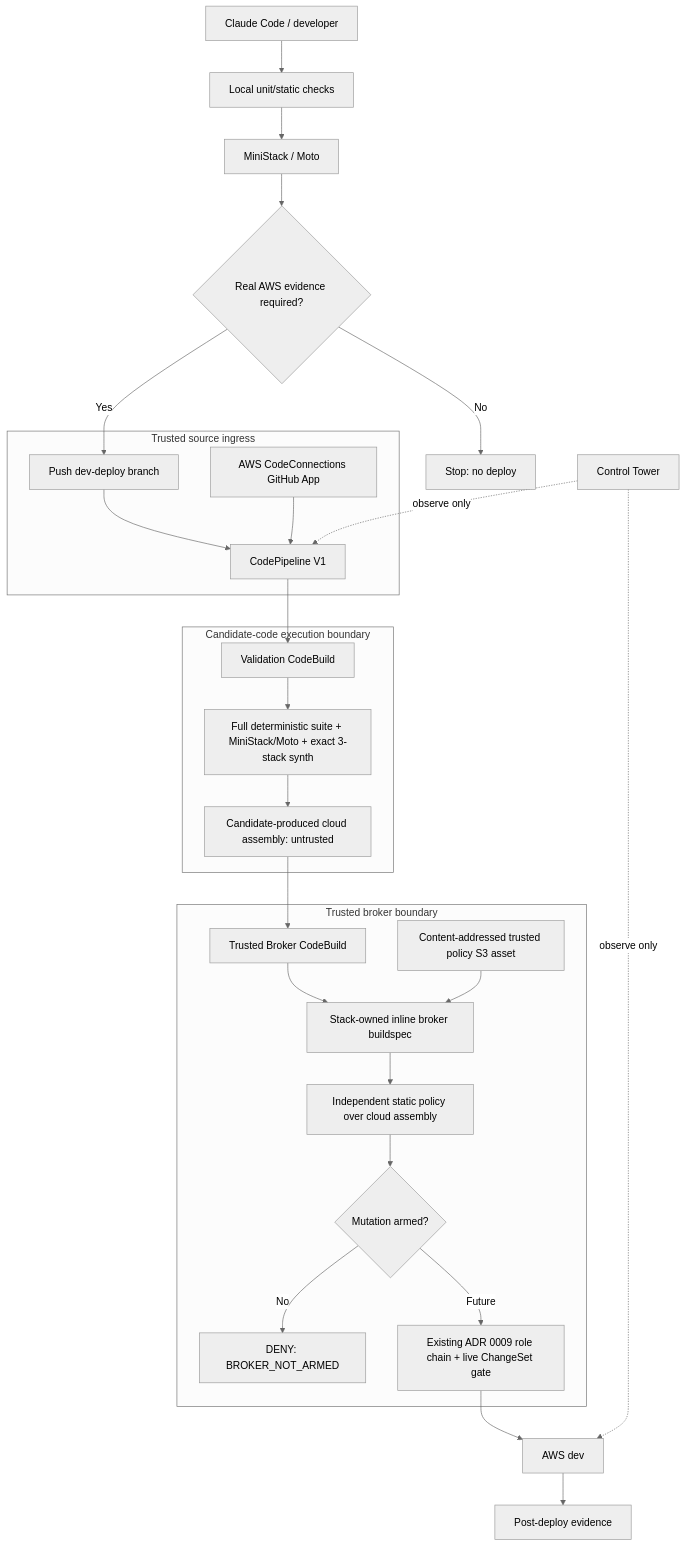
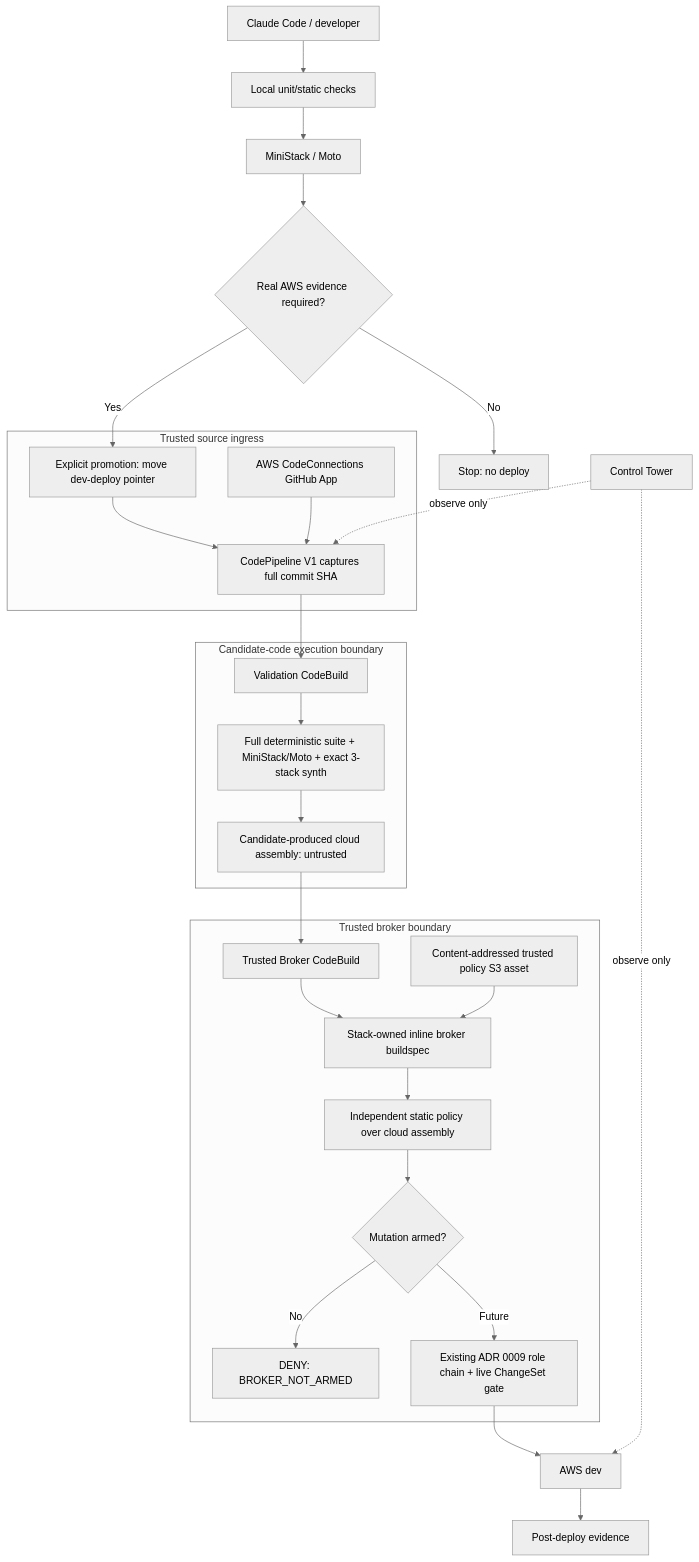
One commit to 20m61/open-reception changed the diagram in docs/architecture/aws-dev-deploy-broker.md. Above: the diagram before and after it, drawn with Mermaid (neutral theme). The commit also changed other lines of this file, not shown here.

Commit message:
docs: define dev deploy as immutable revision promotion

````diff
--- a/docs/architecture/aws-dev-deploy-broker.md
+++ b/docs/architecture/aws-dev-deploy-broker.md
@@ -9,35 +9,35 @@
 ```mermaid
 flowchart TD
   A[Claude Code / developer] --> B[Local unit/static checks]
   B --> C[MiniStack / Moto]
   C --> D{Real AWS evidence required?}
   D -- No --> E[Stop: no deploy]
-  D -- Yes --> F[Push dev-deploy branch]
+  D -- Yes --> F[Explicit promotion: move dev-deploy pointer]
 
   subgraph TRUSTED_INGRESS[Trusted source ingress]
-    F --> G[CodePipeline V1]
+    F --> G[CodePipeline V1 captures full commit SHA]
     H[AWS CodeConnections GitHub App] --> G
   end
 
   subgraph UNTRUSTED[Candidate-code execution boundary]
     G --> I[Validation CodeBuild]
     I --> J[Full deterministic suite + MiniStack/Moto + exact 3-stack synth]
     J --> K[Candidate-produced cloud assembly: untrusted]
   end
 
   subgraph TRUSTED_BROKER[Trusted broker boundary]
     K --> L[Trusted Broker CodeBuild]
     L --> M[Stack-owned inline broker buildspec]
     U[Content-addressed trusted policy S3 asset] --> M
     M --> P[Independent static policy over cloud assembly]
     P --> N{Mutation armed?}
     N -- No --> O[DENY: BROKER_NOT_ARMED]
     N -- Future --> Q[Existing ADR 0009 role chain + live ChangeSet gate]
   end
 
   Q --> R[AWS dev]
   R --> S[Post-deploy evidence]
 
   T[Control Tower] -. observe only .-> G
   T -. observe only .-> R
 ```
````
